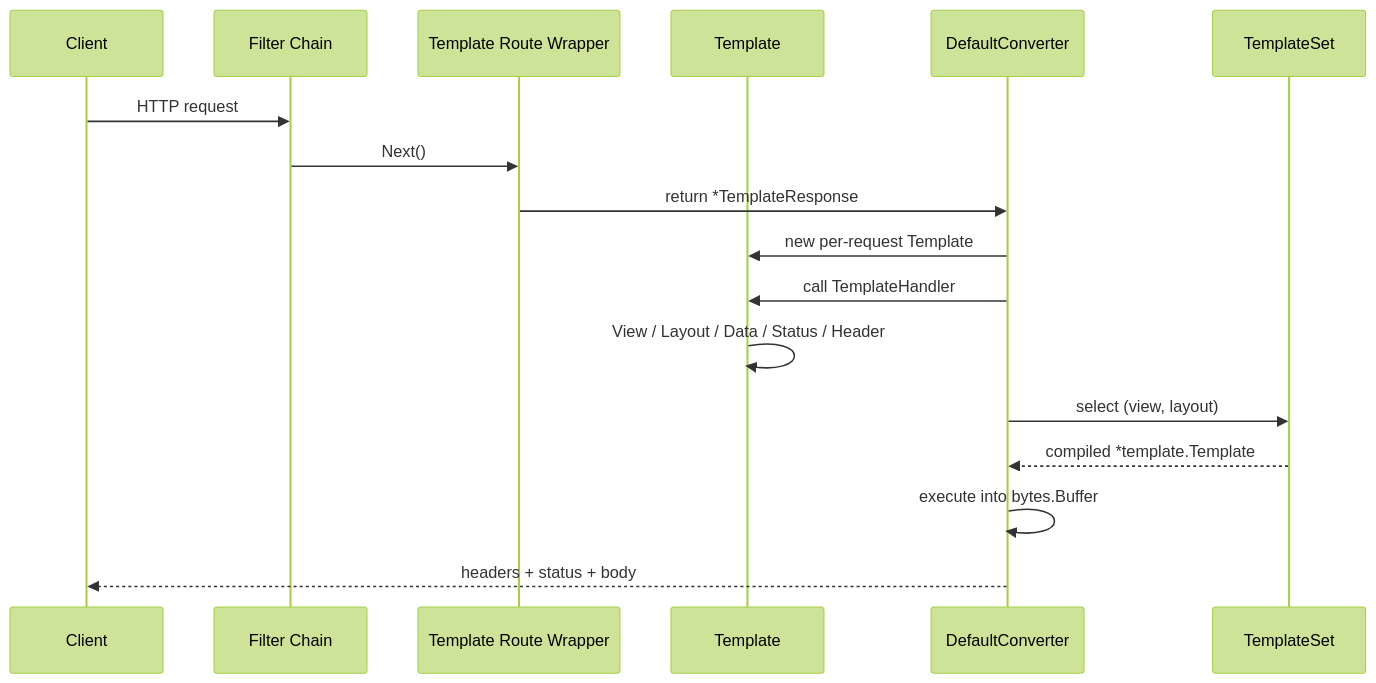
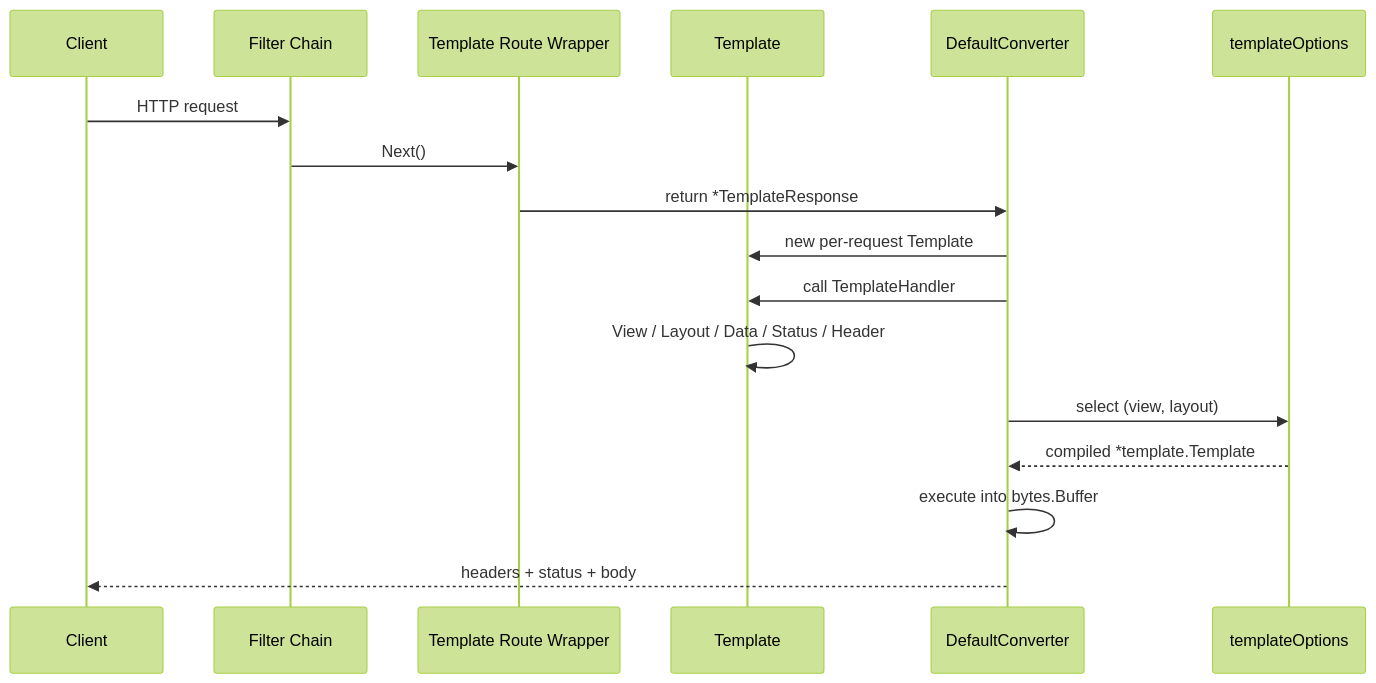
One commit to chuccp/go-web-frame changed the diagram in docs-site/docs-zh/advanced/template-design.md. Above: the diagram before and after it, drawn with Mermaid (forest theme). The commit also changed other lines of this file and 7 other files, not shown here.

Commit message:
refactor(web): unify template options around embed filesystem

````diff
--- a/docs-site/docs-zh/advanced/template-design.md
+++ b/docs-site/docs-zh/advanced/template-design.md
@@ -322,20 +315,20 @@
 ```mermaid
 sequenceDiagram
     participant C as Client
     participant F as Filter Chain
     participant H as Template Route Wrapper
     participant V as Template
     participant D as DefaultConverter
-    participant T as TemplateSet
+    participant T as templateOptions
 
     C->>F: HTTP request
     F->>H: Next()
     H->>D: return *TemplateResponse
     D->>V: new per-request Template
     D->>V: call TemplateHandler
     V->>V: View / Layout / Data / Status / Header
     D->>T: select (view, layout)
     T-->>D: compiled *template.Template
     D->>D: execute into bytes.Buffer
     D-->>C: headers + status + body
 ```
````
